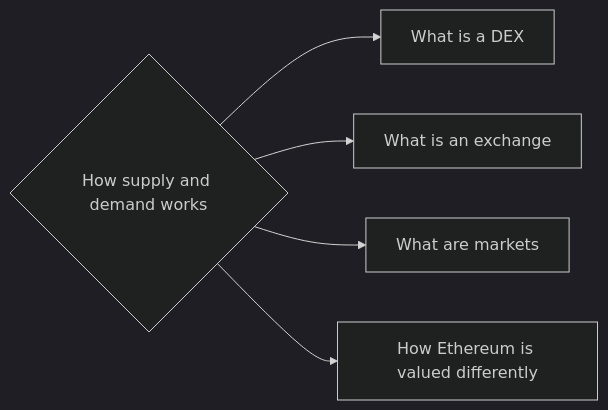
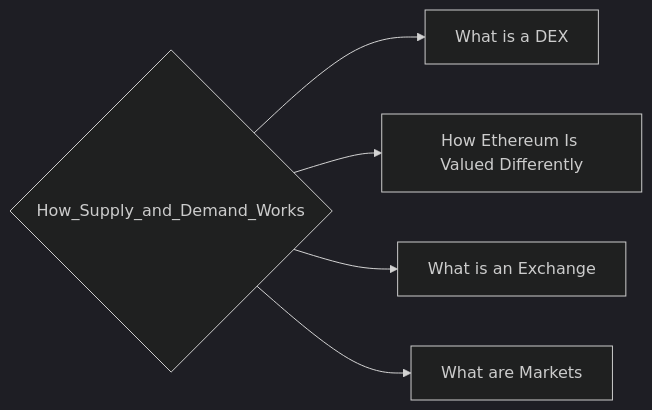
One commit to lpurdy01/crypto-knowledge-map changed the diagram in notes/How_Supply_and_Demand_Works.md. Above: the diagram before and after it, drawn with Mermaid (dark theme). The commit also changed 161 other files, not shown here.

````diff
--- a/notes/How_Supply_and_Demand_Works.md
+++ b/notes/How_Supply_and_Demand_Works.md
@@ -6,7 +6,7 @@
 ```mermaid
 graph LR
-0{"How supply and demand works"}-->1["What is a DEX"]
-0{"How supply and demand works"}-->2["What is an exchange"]
-0{"How supply and demand works"}-->3["What are markets"]
-0{"How supply and demand works"}-->4["How Ethereum is valued differently"]
+0{"How_Supply_and_Demand_Works"}-->1["What is a DEX"]
+0{"How_Supply_and_Demand_Works"}-->2["How Ethereum Is Valued Differently"]
+0{"How_Supply_and_Demand_Works"}-->3["What is an Exchange"]
+0{"How_Supply_and_Demand_Works"}-->4["What are Markets"]
 ```
````
